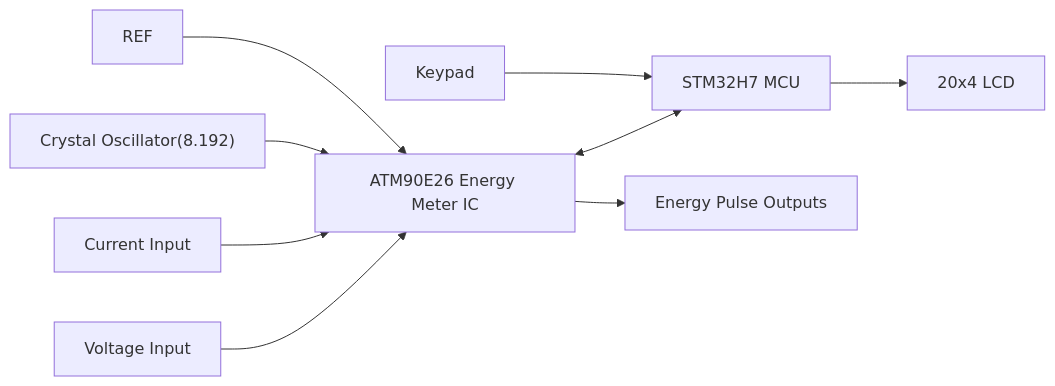
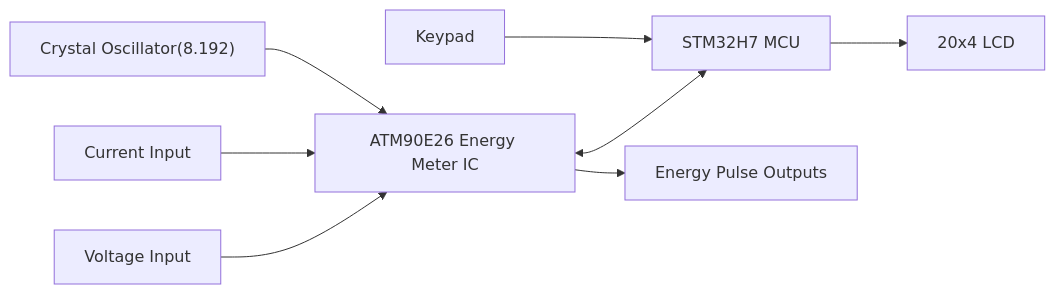
Before and after one commit to vaishnavgophane/STM32H7-ATM90E26-ENERGY-METER: the diagram in README.md, drawn with Mermaid.

````diff
--- a/README.md
+++ b/README.md
@@ -32,23 +32,22 @@
 ```mermaid
 flowchart LR
 
     Voltage["Voltage Input"]
     Current["Current Input"]
     ATM["ATM90E26 Energy Meter IC"]
     MCU["STM32H7 MCU"]
     LCD["20x4 LCD"]
     KEYS["Keypad"]
     XTAL["Crystal Oscillator(8.192)"]
     PULSE["Energy Pulse Outputs"]
 
     Voltage --> ATM
     Current --> ATM
     XTAL --> ATM
-    REF --> ATM
 
     ATM <--> MCU
 
     ATM --> PULSE
     MCU --> LCD
     KEYS --> MCU
 ```
````
